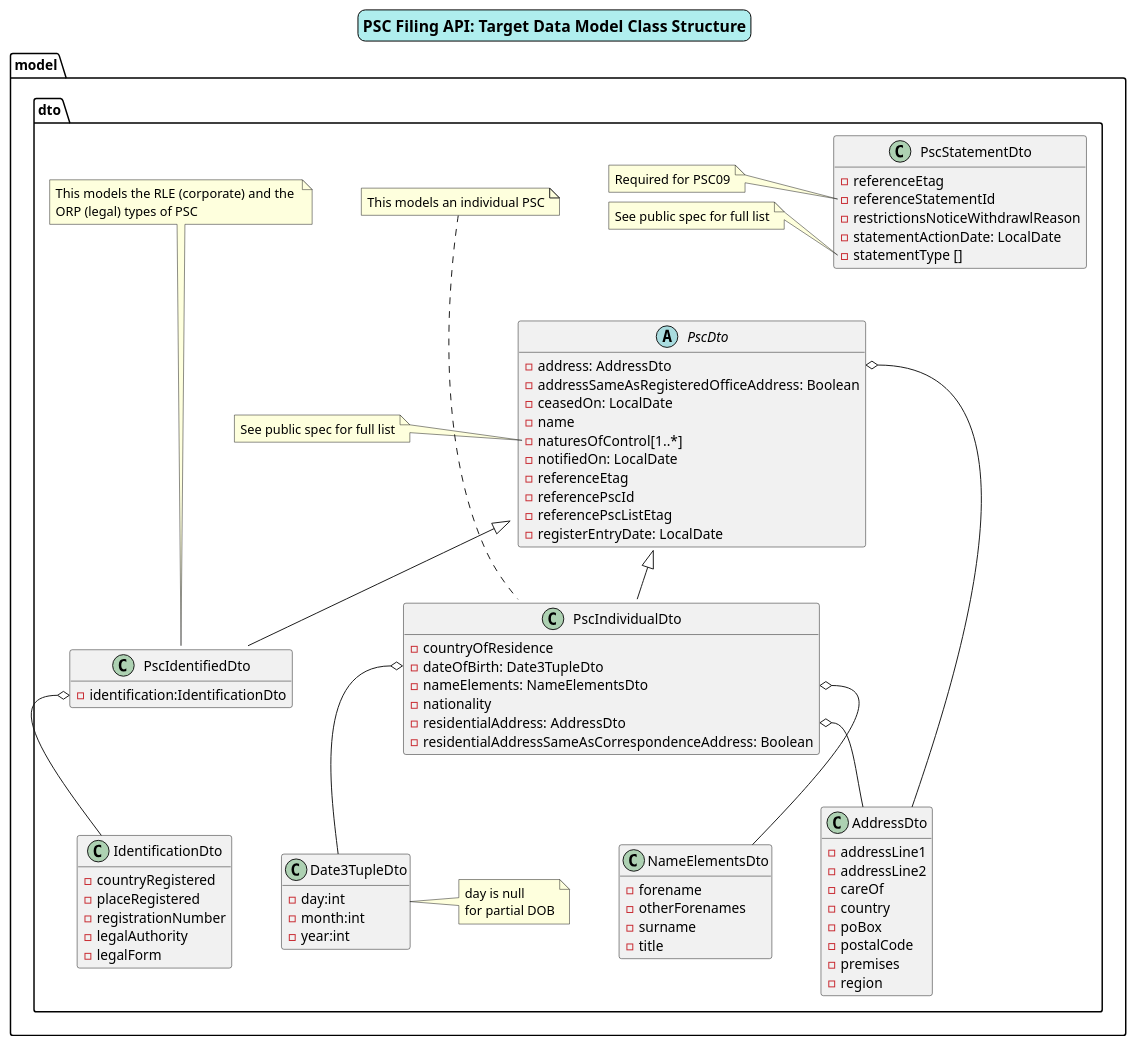
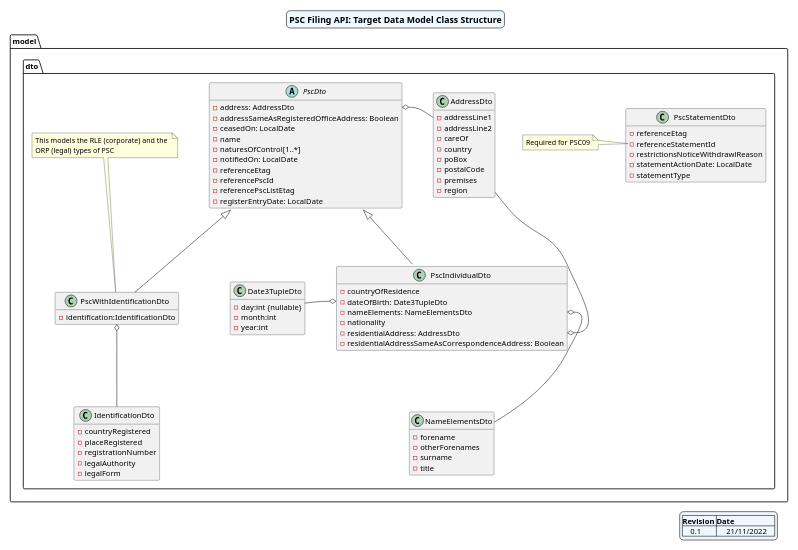
One commit to companieshouse/psc-filing-api changed the diagram in docs/Target Data Model of PSC Classes.puml. Above: the diagram before and after it, drawn with PlantUML.

Commit message:
Reformatted

```diff
--- a/docs/Target Data Model of PSC Classes.puml
+++ b/docs/Target Data Model of PSC Classes.puml
@@ -1,132 +1,128 @@
 @startuml
 'https://plantuml.com/class-diagram
-'ortho
-skinparam linetype poly
+'ortho/polyline
+'skinparam linetype polyline
 skinparam nodesep 50 /' horizontal separator '/
-skinparam ranksep 50 /' vertical separator '/
+skinparam ranksep 100 /' vertical separator '/
 skinparam titleBorderRoundCorner 15
 skinparam titleBorderThickness 1
 skinparam titleBorderColor black
-skinparam titleBackgroundColor PaleTurquoise
+skinparam titleBackgroundColor AliceBlue
 skinparam groupInheritance 1
-scale 1
+skinparam legendBackgroundColor AliceBlue
+
+scale 800 width
 hide empty members
 'hide circle'
 skinparam titleFontSize 16
 
 title PSC Filing API: Target Data Model Class Structure
+
+legend right
+|=Revision |=Date |
+|    0.1    |     21/11/2022    |
+endlegend
 
     package "model" {
 
         package "dto" {
 
             class AddressDto {
                 -addressLine1
                 -addressLine2
                 -careOf
                 -country
                 -poBox
                 -postalCode
                 -premises
                 -region
             }
 
             class Date3TupleDto {
-                -day:int
+                -day:int {nullable}
                 -month:int
                 -year:int
             }
-            note right of Date3TupleDto
+
+/'             note left of Date3TupleDto
                day is null
                for partial DOB
-            end note
+            end note'/
 
             class IdentificationDto {
                 -countryRegistered
                 -placeRegistered
                 -registrationNumber
                 -legalAuthority
                -legalForm
             }
 
             class NameElementsDto {
                 -forename
                 -otherForenames
                 -surname
                 -title
             }
             
             class PscStatementDto {
                 -referenceEtag
                 -referenceStatementId
                 -restrictionsNoticeWithdrawlReason
                 -statementActionDate: LocalDate
-                -statementType []
+                -statementType
             }
 
           note left of PscStatementDto::referenceStatementId
                 Required for PSC09
            end note
 
-          note left of PscStatementDto::statementType
+/'          note left of PscStatementDto::statementType
                 See public spec for full list
-           end note            
+           end note'/
 
             abstract class PscDto {
                 -address: AddressDto
                 -addressSameAsRegisteredOfficeAddress: Boolean
                 -ceasedOn: LocalDate
                 -name
                 -naturesOfControl[1..*]
                 -notifiedOn: LocalDate
                 -referenceEtag
                 -referencePscId
                 -referencePscListEtag
                 -registerEntryDate: LocalDate
             }
 
-           note left of PscDto::naturesOfControl
+/'           note left of PscDto::naturesOfControl
                 See public spec for full list
-            end note
-
-/'            together {
-                class PscIndividualDto
-                class PscFilingCorporateDto
-                class PscFilingRleDto
-            }'/
+            end note'/
 
             class PscIndividualDto {
                 -countryOfResidence
                 -dateOfBirth: Date3TupleDto
                 -nameElements: NameElementsDto
                 -nationality
                 -residentialAddress: AddressDto
                 -residentialAddressSameAsCorrespondenceAddress: Boolean
             }
 
-           note "This models an individual PSC" as Note2
-             Note2 ... PscIndividualDto
+/'           note "This models an individual PSC" as Note2
+             Note2 .. PscIndividualDto'/
 
-            class PscIdentifiedDto {
+            class PscWithIdentificationDto {
                 -identification:IdentificationDto
             }
            note "This models the RLE (corporate) and the \nORP (legal) types of PSC" as Note1
-                Note1 ... PscIdentifiedDto
-/'            together {
-                class AddressDto
-                class Date3TupleDto
-                class IdentificationDto
-                class NameElementsDto
-            }'/            
+                Note1 .. PscWithIdentificationDto
 
-            PscIndividualDto::dateOfBirth o-- Date3TupleDto
-            PscDto::address o-- AddressDto
-            PscIndividualDto::residentialAddress o-- AddressDto
-            PscDto <|-- PscIdentifiedDto
-            PscIdentifiedDto::identification o-- IdentificationDto
             PscDto <|-- PscIndividualDto
+            PscDto <|-- PscWithIdentificationDto
             PscIndividualDto::nameElements o-- NameElementsDto
+            PscWithIdentificationDto o-- IdentificationDto
+            AddressDto -o PscDto::address
+            PscIndividualDto::residentialAddress o- AddressDto
+            Date3TupleDto -o PscIndividualDto::dateOfBirth
         }
     }
 
 @enduml
```
